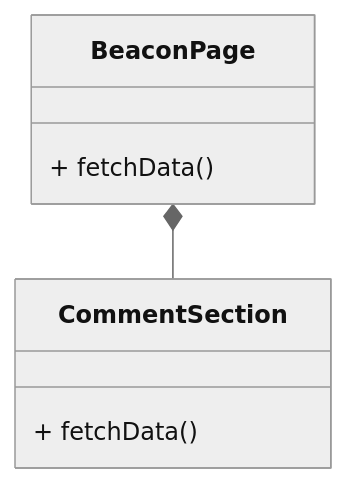
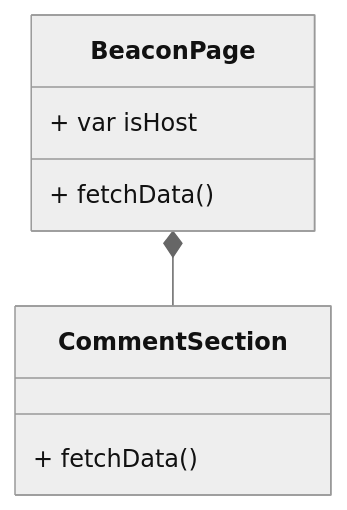
One commit to jenniferlieu/project-lomo-in-person-gaming-app changed the third of 7 diagrams in documentation/docs/system-architecture/classdiagrams.md. Above: the diagram before and after it, drawn with Mermaid (neutral theme). The commit also changed other lines of this file and 1 other file, not shown here.

Commit message:
Finalize backend class diagram

````diff
--- a/documentation/docs/system-architecture/classdiagrams.md
+++ b/documentation/docs/system-architecture/classdiagrams.md
@@ -173,11 +173,11 @@
 ```mermaid
 classDiagram
     BeaconPage *-- CommentSection
-
     class BeaconPage{
+        + var isHost
         + fetchData()
     }
     class CommentSection{
         + fetchData()
     }
 ```
````
